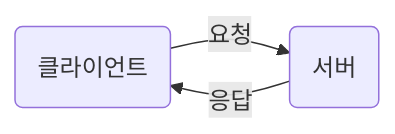
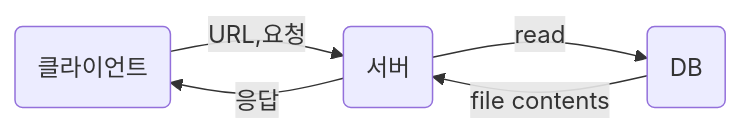
One commit to dooboocookie/TIL changed the first of 2 diagrams in WEB/WEB.md. Above: the diagram before and after it, drawn with Mermaid. The commit also changed other lines of this file, not shown here.

````diff
--- a/WEB/WEB.md
+++ b/WEB/WEB.md
@@ -37,5 +83,7 @@
 ```mermaid
 graph LR
-A(클라이언트) --> |요청|B(서버)
+A(클라이언트) --> |URL,요청|B(서버)
 B --> |응답|A
+B --> |read|C(DB)
+C --> |file contents|B
 ```
````
